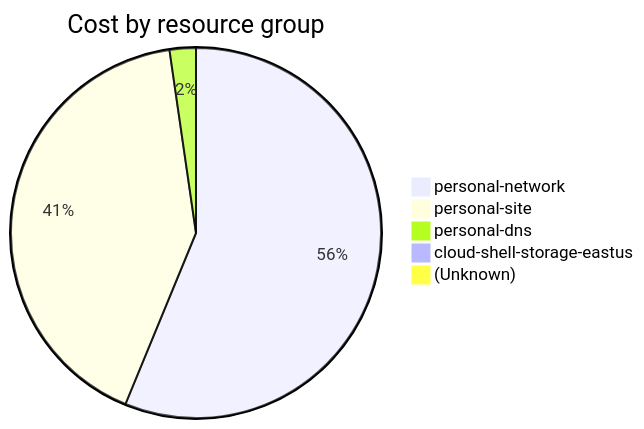
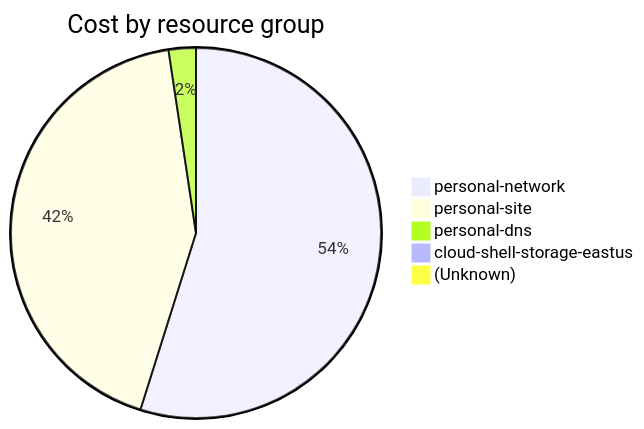
The fourth of 4 diagrams in cost-reports/accumulated-cost.md (jpfulton/azure-personal-reports), drawn with Mermaid before and after one commit. The commit also changed other lines of this file and 4 other files, not shown here.

````diff
--- a/cost-reports/accumulated-cost.md
+++ b/cost-reports/accumulated-cost.md
@@ -155,9 +155,9 @@
 ```mermaid
 pie
    title Cost by resource group
    "personal-network" : 15.94
-   "personal-site" : 11.76
-   "personal-dns" : 0.65
-   "cloud-shell-storage-eastus" : 0.19
+   "personal-site" : 12.43
+   "personal-dns" : 0.69
+   "cloud-shell-storage-eastus" : 0.20
    "(Unknown)" : 0.10
 ```
````
